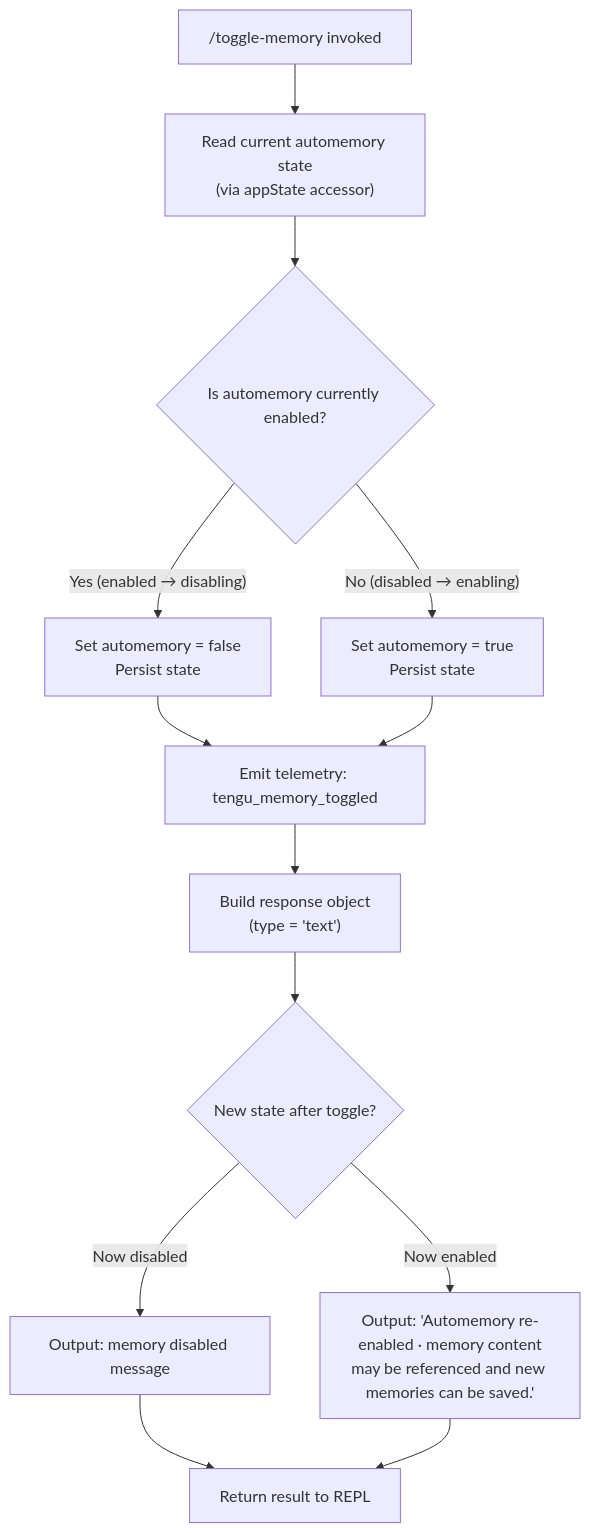
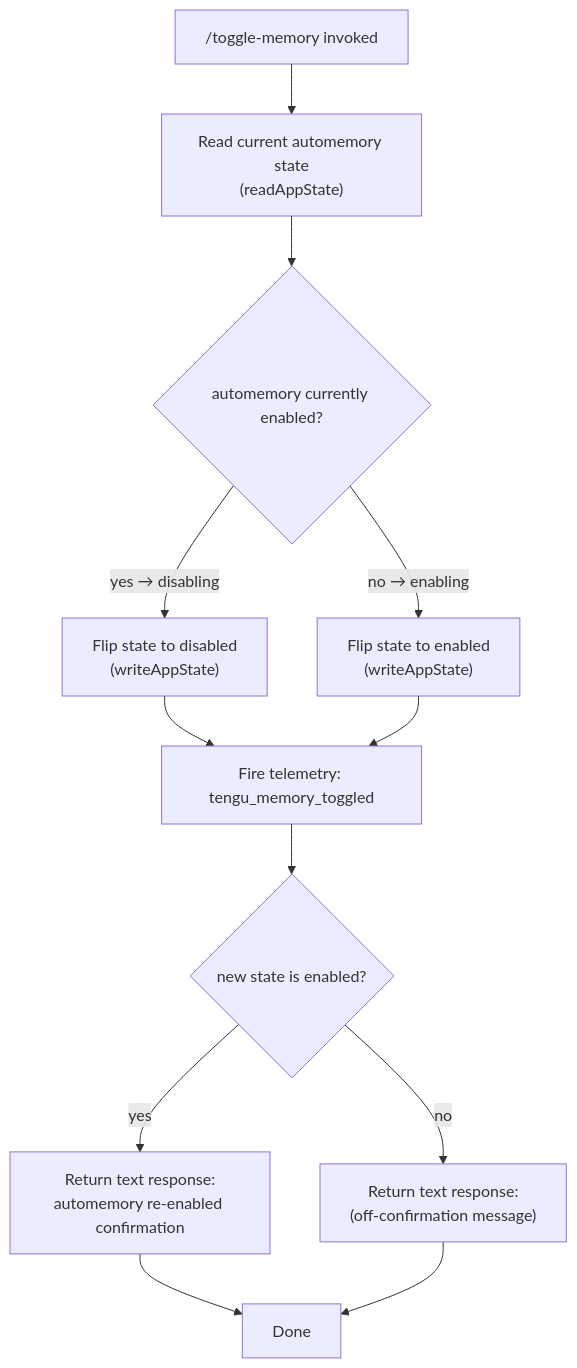
Before and after one commit to MyLittleLuckyDog/cc-gnothi: the diagram in versions/v2.1.132/toggle-memory.md, drawn with Mermaid. The commit also changed other lines of this file and 96 other files, not shown here.

````diff
--- a/versions/v2.1.132/toggle-memory.md
+++ b/versions/v2.1.132/toggle-memory.md
@@ -48,15 +56,14 @@
 ```mermaid
 flowchart TD
-    A["/toggle-memory invoked"] --> B["Read current automemory state\n(via appState accessor)"]
-    B --> C{Is automemory currently enabled?}
-    C -- "Yes (enabled → disabling)" --> D["Set automemory = false\nPersist state"]
-    C -- "No (disabled → enabling)" --> E["Set automemory = true\nPersist state"]
-    D --> F["Emit telemetry: tengu_memory_toggled"]
+    A["/toggle-memory invoked"] --> B["Read current automemory state\n(readAppState)"]
+    B --> C{automemory currently enabled?}
+    C -- "yes → disabling" --> D["Flip state to disabled\n(writeAppState)"]
+    C -- "no → enabling" --> E["Flip state to enabled\n(writeAppState)"]
+    D --> F["Fire telemetry: tengu_memory_toggled"]
     E --> F
-    F --> G["Build response object\n(type = 'text')"]
-    G --> H{New state after toggle?}
-    H -- "Now disabled" --> I["Output: memory disabled message\n<!-- TODO: not found in depth-2 traversal; needs --depth 4 -->"]
-    H -- "Now enabled" --> J["Output: 'Automemory re-enabled · memory content\nmay be referenced and new memories can be saved.'"]
-    I --> K["Return result to REPL"]
-    J --> K
+    F --> G{new state is enabled?}
+    G -- "yes" --> H["Return text response:\nautomemory re-enabled confirmation"]
+    G -- "no" --> I["Return text response:\n(off-confirmation message)"]
+    H --> J[Done]
+    I --> J
 ```
````
